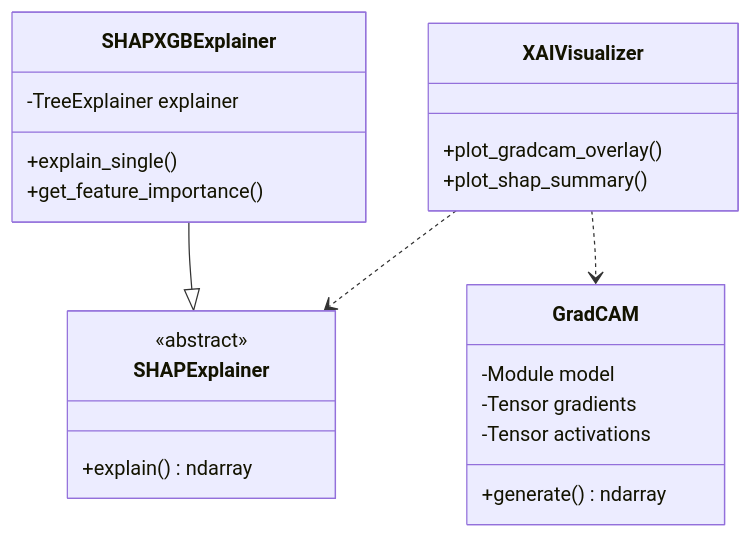
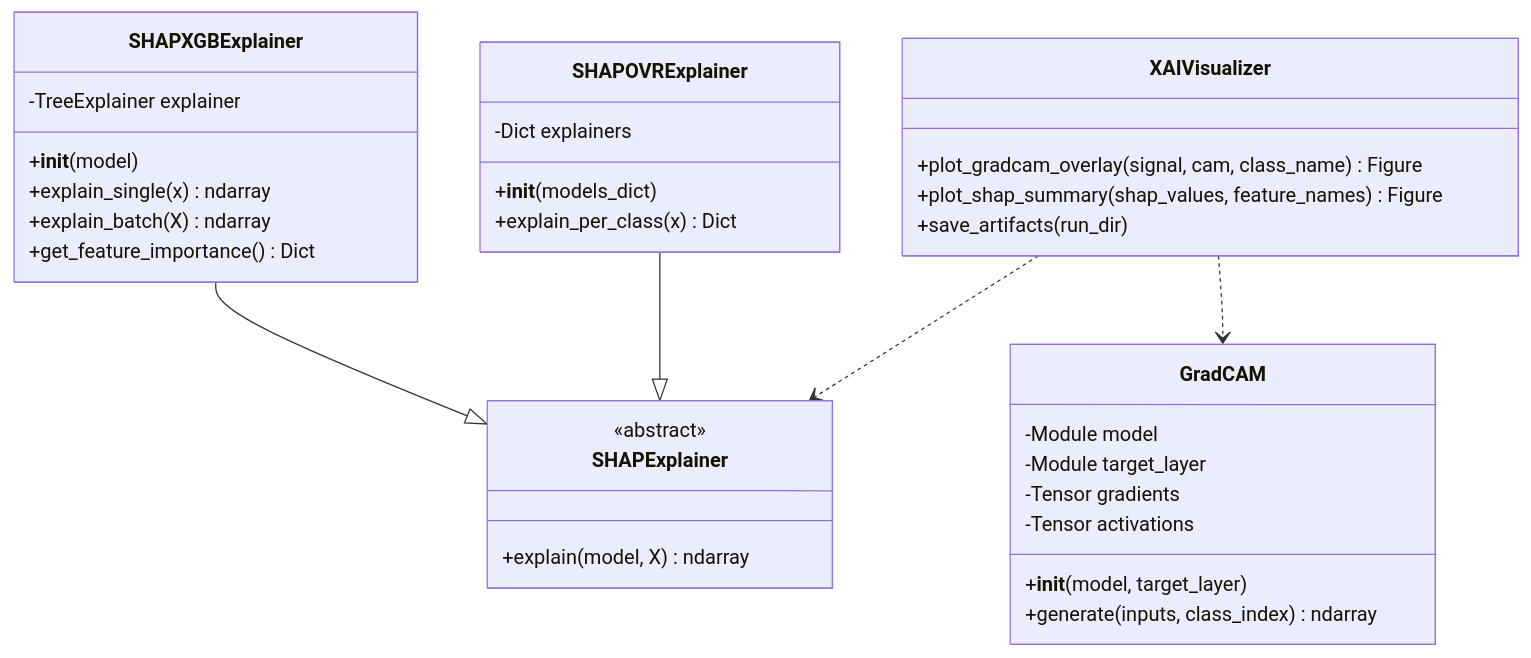
The fourth of 7 diagrams in docs/diagrams/03_class_diagram.md (mUsaulug/CardioGuard-AI), drawn with Mermaid before and after one commit. The commit also changed other lines of this file and 3 other files, not shown here.

````diff
--- a/docs/diagrams/03_class_diagram.md
+++ b/docs/diagrams/03_class_diagram.md
@@ -150,31 +201,43 @@
 ```mermaid
 classDiagram
     direction TB
     
     class GradCAM {
         -Module model
+        -Module target_layer
         -Tensor gradients
         -Tensor activations
-        +generate() ndarray
+        +__init__(model, target_layer)
+        +generate(inputs, class_index) ndarray
     }
     
     class SHAPExplainer {
         <<abstract>>
-        +explain() ndarray
+        +explain(model, X) ndarray
     }
     
     class SHAPXGBExplainer {
         -TreeExplainer explainer
-        +explain_single()
-        +get_feature_importance()
+        +__init__(model)
+        +explain_single(x) ndarray
+        +explain_batch(X) ndarray
+        +get_feature_importance() Dict
+    }
+    
+    class SHAPOVRExplainer {
+        -Dict explainers
+        +__init__(models_dict)
+        +explain_per_class(x) Dict
     }
     
     class XAIVisualizer {
-        +plot_gradcam_overlay()
-        +plot_shap_summary()
+        +plot_gradcam_overlay(signal, cam, class_name) Figure
+        +plot_shap_summary(shap_values, feature_names) Figure
+        +save_artifacts(run_dir)
     }
     
     SHAPXGBExplainer --|> SHAPExplainer
+    SHAPOVRExplainer --|> SHAPExplainer
     XAIVisualizer ..> GradCAM
     XAIVisualizer ..> SHAPExplainer
 ```
````
